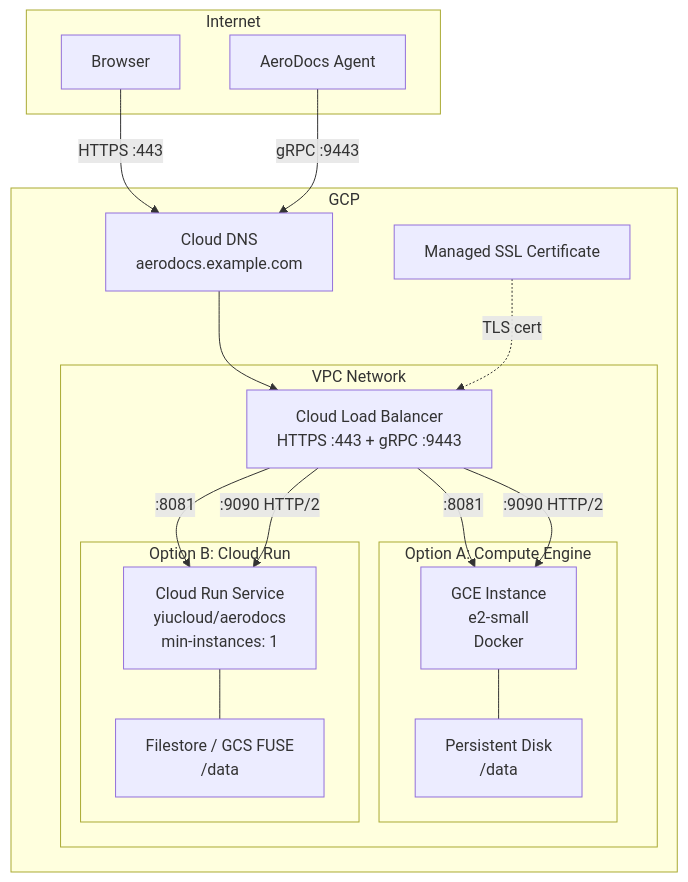
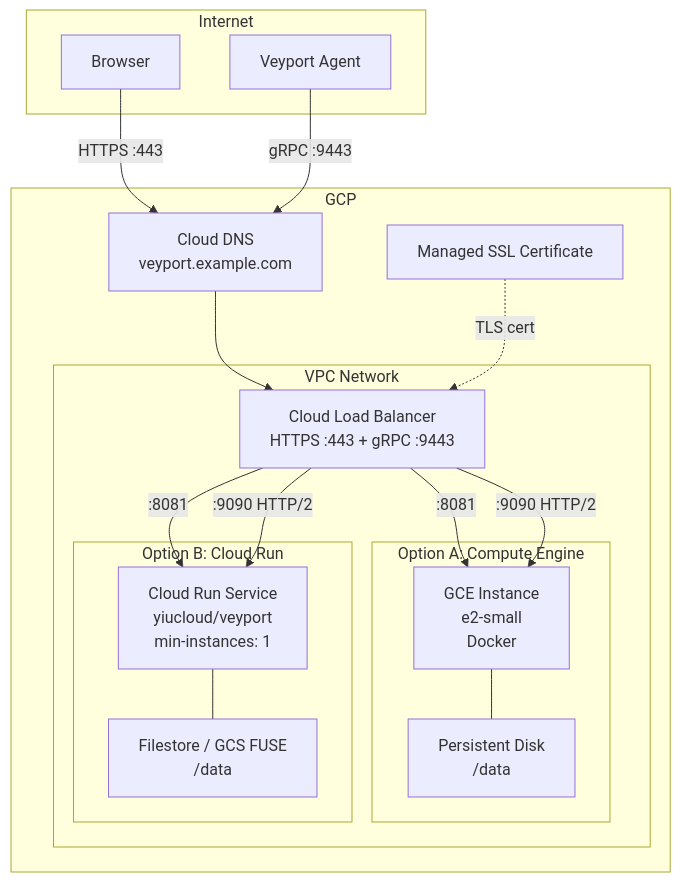
Before and after one commit to lorconksu/aerodocs: the diagram in docs/wiki/Deployment-GCP.md, drawn with Mermaid. The commit also changed other lines of this file and 237 other files, not shown here.

````diff
--- a/docs/wiki/Deployment-GCP.md
+++ b/docs/wiki/Deployment-GCP.md
@@ -16,37 +16,37 @@
 ```mermaid
 flowchart TB
     subgraph Internet
         Browser["Browser"]
-        Agent["AeroDocs Agent"]
+        Agent["Veyport Agent"]
     end
 
     subgraph GCP
-        CloudDNS["Cloud DNS<br/>aerodocs.example.com"]
+        CloudDNS["Cloud DNS<br/>veyport.example.com"]
         ManagedCert["Managed SSL Certificate"]
 
         subgraph VPC["VPC Network"]
             CLB["Cloud Load Balancer<br/>HTTPS :443 + gRPC :9443"]
 
             subgraph OptionA["Option A: Compute Engine"]
                 GCE["GCE Instance<br/>e2-small<br/>Docker"]
                 PD["Persistent Disk<br/>/data"]
             end
 
             subgraph OptionB["Option B: Cloud Run"]
-                CR["Cloud Run Service<br/>yiucloud/aerodocs<br/>min-instances: 1"]
+                CR["Cloud Run Service<br/>yiucloud/veyport<br/>min-instances: 1"]
                 FS["Filestore / GCS FUSE<br/>/data"]
             end
         end
     end
 
     Browser -->|HTTPS :443| CloudDNS
     Agent -->|gRPC :9443| CloudDNS
     CloudDNS --> CLB
     ManagedCert -.->|TLS cert| CLB
     CLB -->|:8081| GCE
     CLB -->|:9090 HTTP/2| GCE
     GCE --- PD
     CLB -->|:8081| CR
     CLB -->|:9090 HTTP/2| CR
     CR --- FS
 ```
````
